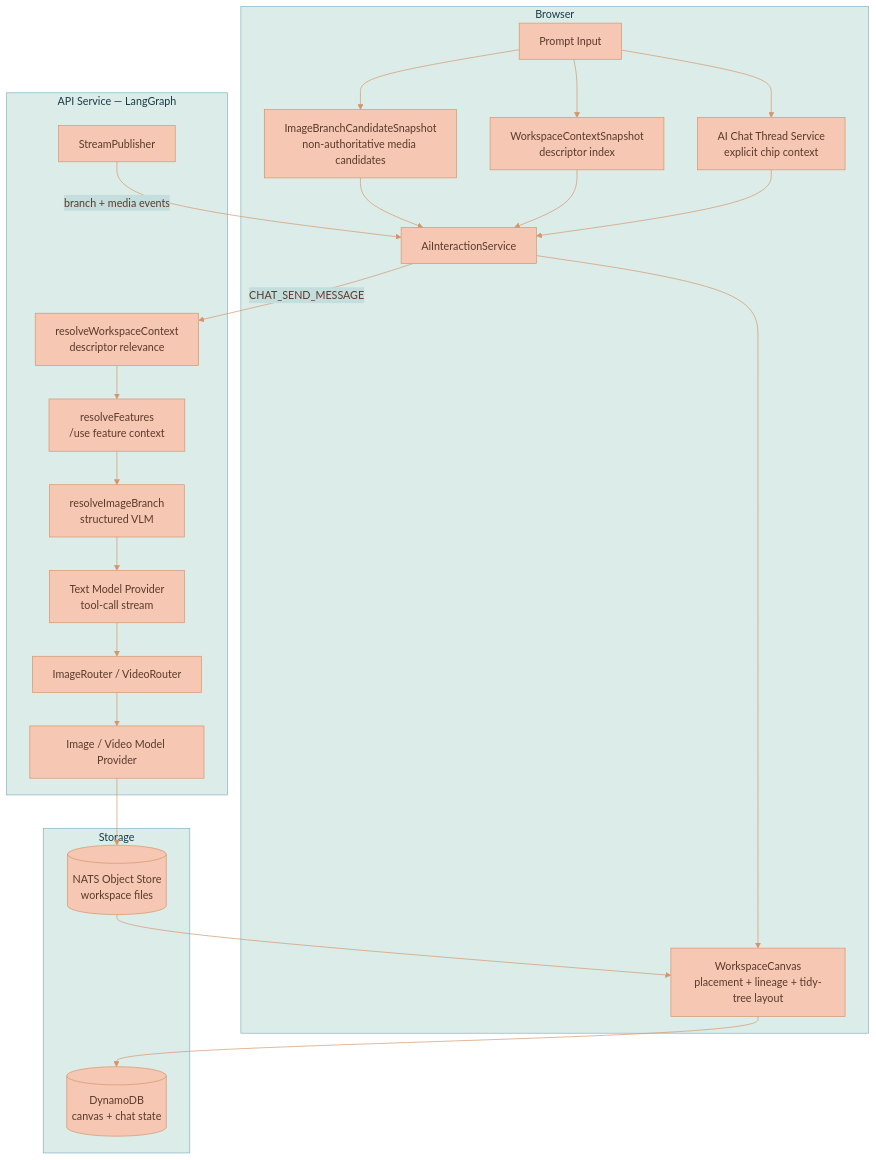
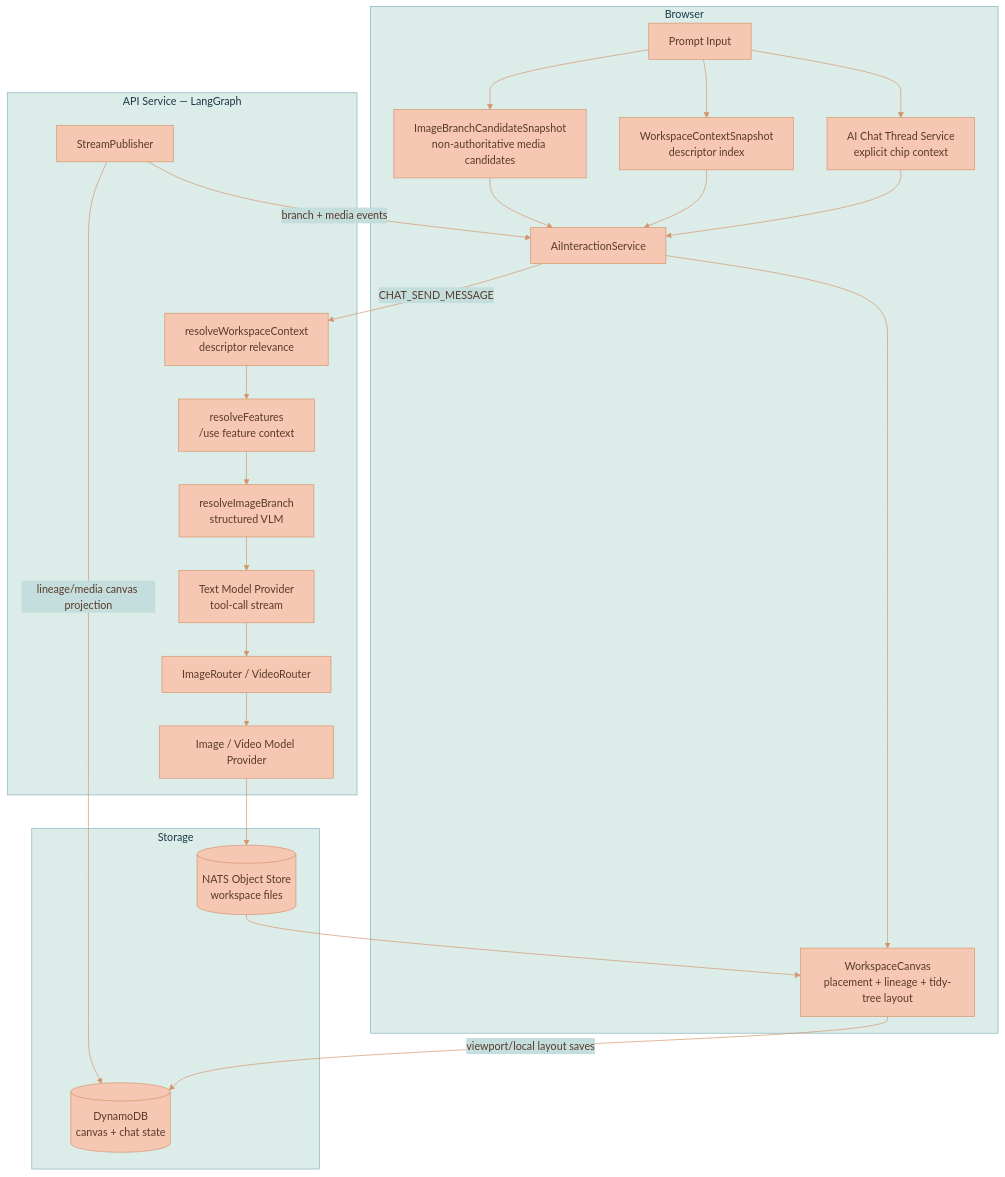
The first of 3 diagrams in documentation/media-generation/BRANCH-LINEAGE.md (Lixpi/lixpi), drawn with Mermaid before and after one commit. The commit also changed other lines of this file and 15 other files, not shown here.

````diff
--- a/documentation/media-generation/BRANCH-LINEAGE.md
+++ b/documentation/media-generation/BRANCH-LINEAGE.md
@@ -85,45 +85,46 @@
 ```mermaid
 %%{init: {'theme': 'base', 'themeVariables': { 'primaryColor': '#F6C7B3', 'primaryTextColor': '#5a3a2a', 'primaryBorderColor': '#d4956a', 'secondaryColor': '#C3DEDD', 'secondaryTextColor': '#1a3a47', 'secondaryBorderColor': '#4a8a9d', 'tertiaryColor': '#DCECE9', 'tertiaryTextColor': '#1a3a47', 'tertiaryBorderColor': '#82B2C0', 'lineColor': '#d4956a', 'textColor': '#5a3a2a'}}}%%
 flowchart TB
     subgraph Browser["Browser"]
         Prompt[Prompt Input]
         Snapshot[ImageBranchCandidateSnapshot<br/>non-authoritative media candidates]
         WContext[WorkspaceContextSnapshot<br/>descriptor index]
         Context[AI Chat Thread Service<br/>explicit chip context]
         AIS[AiInteractionService]
         Canvas[WorkspaceCanvas<br/>placement + lineage + tidy-tree layout]
     end
 
     subgraph API["API Service — LangGraph"]
         Relevance[resolveWorkspaceContext<br/>descriptor relevance]
         Features[resolveFeatures<br/>/use feature context]
         Resolver[resolveImageBranch<br/>structured VLM]
         Provider[Text Model Provider<br/>tool-call stream]
         Router[ImageRouter / VideoRouter]
         MediaModel[Image / Video Model Provider]
         Publisher[StreamPublisher]
     end
 
     subgraph Storage["Storage"]
         DDB[(DynamoDB<br/>canvas + chat state)]
         Obj[(NATS Object Store<br/>workspace files)]
     end
 
     Prompt --> Snapshot
     Prompt --> WContext
     Prompt --> Context
     Snapshot --> AIS
     WContext --> AIS
     Context --> AIS
     AIS -->|CHAT_SEND_MESSAGE| Relevance
     Relevance --> Features
     Features --> Resolver
     Resolver --> Provider
     Provider --> Router
     Router --> MediaModel
     MediaModel --> Obj
     Publisher -->|branch + media events| AIS
+    Publisher -->|lineage/media canvas projection| DDB
     AIS --> Canvas
-    Canvas --> DDB
+    Canvas -->|viewport/local layout saves| DDB
     Obj --> Canvas
 ```
````
